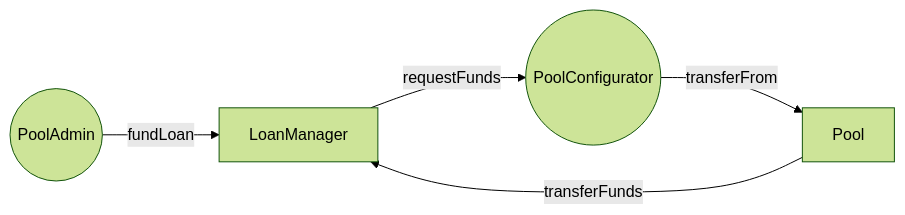
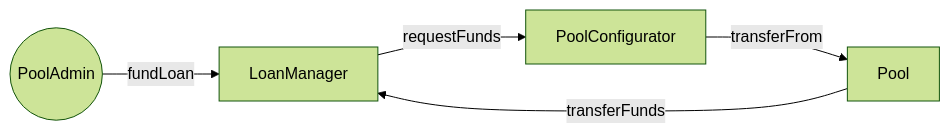
One commit to isle-labs/isle-docs changed the third of 10 diagrams in docs/contracts/diagrams.md. Above: the diagram before and after it, drawn with Mermaid (forest theme). The commit also changed other lines of this file and 7 other files, not shown here.

Commit message:
GITBOOK-27: Update and add diagrams

````diff
--- a/docs/contracts/diagrams.md
+++ b/docs/contracts/diagrams.md
@@ -44,11 +36,11 @@
 ```mermaid
 flowchart LR;
   PM((PoolAdmin))
-  PC((PoolConfigurator))
+  PC[PoolConfigurator]
   LM[LoanManager]
   P[Pool]
   PM -- "fundLoan" --> LM
   LM -- "requestFunds" --> PC
   PC -- "transferFrom" --> P
   P -- "transferFunds" --> LM  
 ```
````
